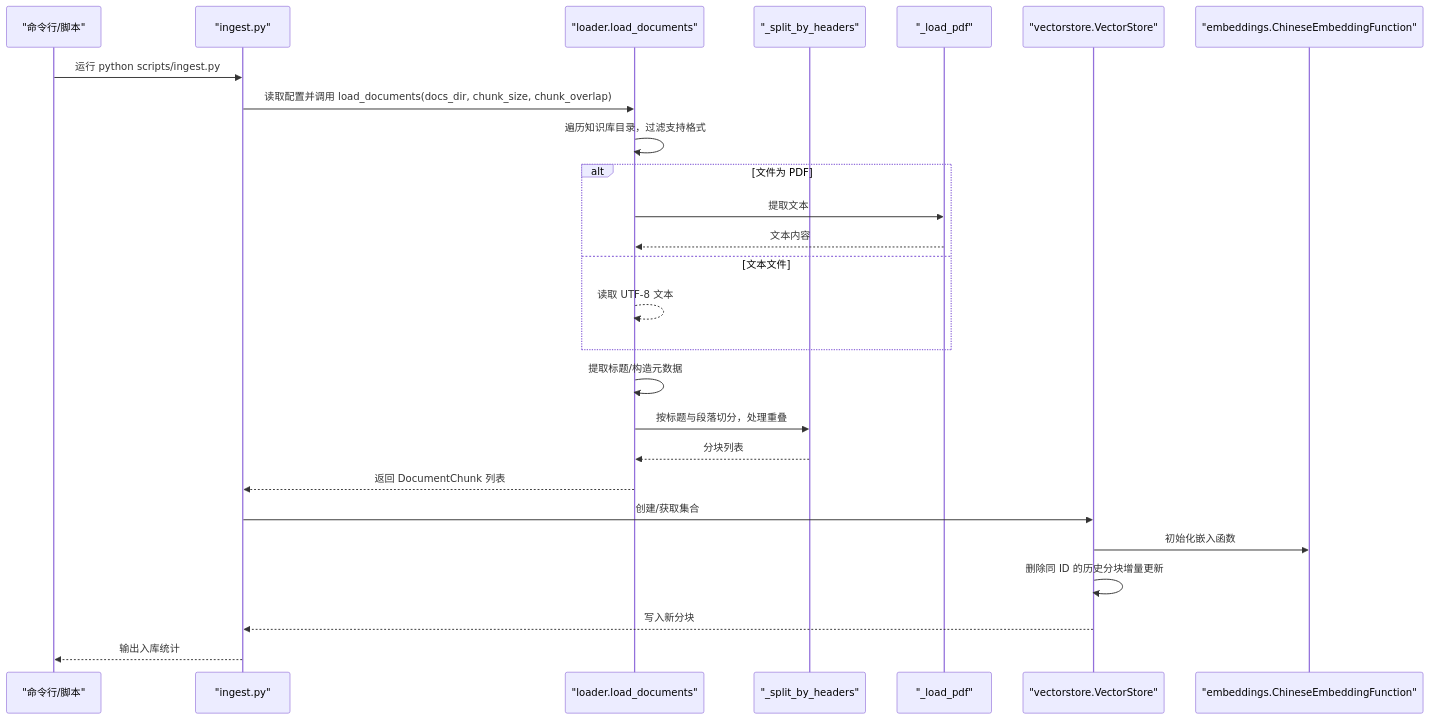
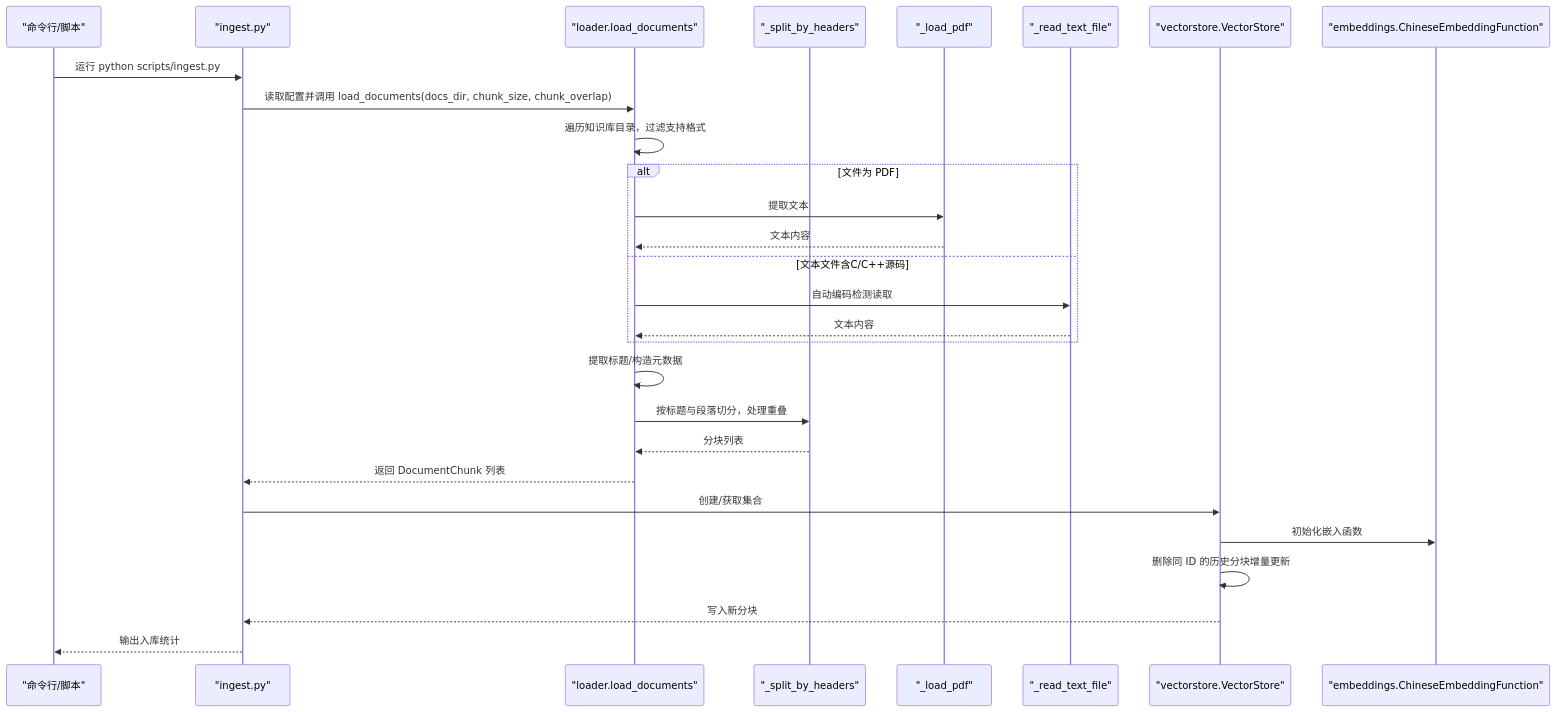
The second of 6 diagrams in .qoder/repowiki/zh/content/RAG核心引擎/文档加载器.md (joyafa/knowledge), drawn with Mermaid before and after one commit. The commit also changed other lines of this file and 16 other files, not shown here.

````diff
--- a/.qoder/repowiki/zh/content/RAG核心引擎/文档加载器.md
+++ b/.qoder/repowiki/zh/content/RAG核心引擎/文档加载器.md
@@ -103,28 +110,30 @@
 ```mermaid
 sequenceDiagram
 participant CLI as "命令行/脚本"
 participant Ingest as "ingest.py"
 participant Loader as "loader.load_documents"
 participant Split as "_split_by_headers"
 participant PDF as "_load_pdf"
+participant Text as "_read_text_file"
 participant VS as "vectorstore.VectorStore"
 participant EMB as "embeddings.ChineseEmbeddingFunction"
 CLI->>Ingest : 运行 python scripts/ingest.py
 Ingest->>Loader : 读取配置并调用 load_documents(docs_dir, chunk_size, chunk_overlap)
 Loader->>Loader : 遍历知识库目录，过滤支持格式
 alt 文件为 PDF
 Loader->>PDF : 提取文本
 PDF-->>Loader : 文本内容
-else 文本文件
-Loader-->>Loader : 读取 UTF-8 文本
+else 文本文件含C/C++源码
+Loader->>Text : 自动编码检测读取
+Text-->>Loader : 文本内容
 end
 Loader->>Loader : 提取标题/构造元数据
 Loader->>Split : 按标题与段落切分，处理重叠
 Split-->>Loader : 分块列表
 Loader-->>Ingest : 返回 DocumentChunk 列表
 Ingest->>VS : 创建/获取集合
 VS->>EMB : 初始化嵌入函数
 VS->>VS : 删除同 ID 的历史分块增量更新
 VS-->>Ingest : 写入新分块
 Ingest-->>CLI : 输出入库统计
 ```
````
